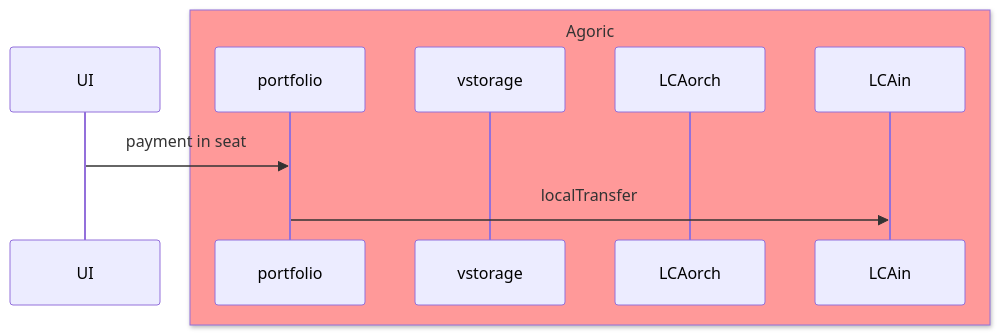
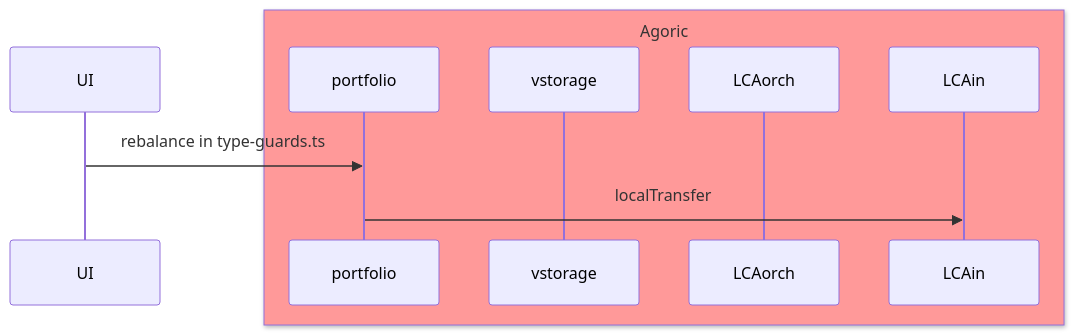
Before and after one commit to Agoric/agoric-sdk: the third of 6 diagrams in packages/portfolio-contract/DESIGN-BETA.md, drawn with Mermaid. The commit also changed other lines of this file, not shown here.

Commit message:
docs(portfolio-contract): reference type-guards for contract interactions

````diff
--- a/packages/portfolio-contract/DESIGN-BETA.md
+++ b/packages/portfolio-contract/DESIGN-BETA.md
@@ -50,13 +50,13 @@
 ```mermaid
 sequenceDiagram
-  UI ->> portfolio: payment in seat
+  UI ->> portfolio: rebalance in type-guards.ts
 
   box rgb(255,153,153) Agoric
     participant portfolio
     participant vstorage
     participant LCAorch
     participant LCAin
   end
 
   portfolio ->> LCAin: localTransfer
 ```
````
